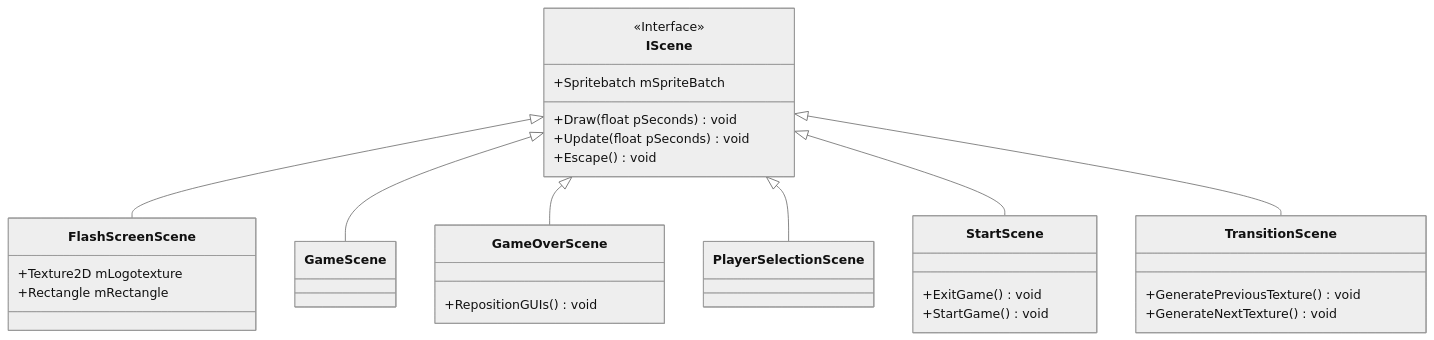
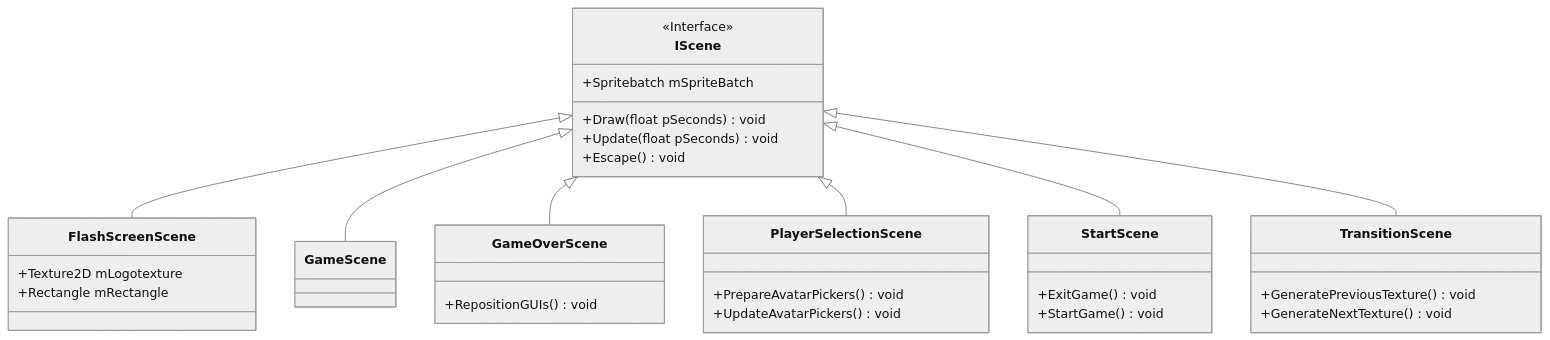
Before and after one commit to Spoingus/TroublesomeTanks_CDP: the diagram in README.md, drawn with Mermaid (neutral theme).

````diff
--- a/README.md
+++ b/README.md
@@ -1,37 +1,38 @@
 ```mermaid
 classDiagram
     IScene <|-- FlashScreenScene
     IScene <|-- GameScene
     IScene <|-- GameOverScene
     IScene <|-- PlayerSelectionScene
     IScene <|-- StartScene
     IScene <|-- TransitionScene
     <<Interface>> IScene
 
     IScene : +Spritebatch mSpriteBatch
     IScene : +Draw(float pSeconds) void
     IScene : +Update(float pSeconds) void
     IScene : +Escape() void
 
     class FlashScreenScene{
         +Texture2D mLogotexture
         +Rectangle mRectangle
     }
     class GameScene{
         
     }
     class GameOverScene{
         +RepositionGUIs() void
     }
     class PlayerSelectionScene{
-
+        +PrepareAvatarPickers() void
+        +UpdateAvatarPickers() void
     }
     class StartScene{
         +ExitGame() void
         +StartGame() void
     }
     class TransitionScene{
         +GeneratePreviousTexture() void
         +GenerateNextTexture() void
     }
 ```
````
